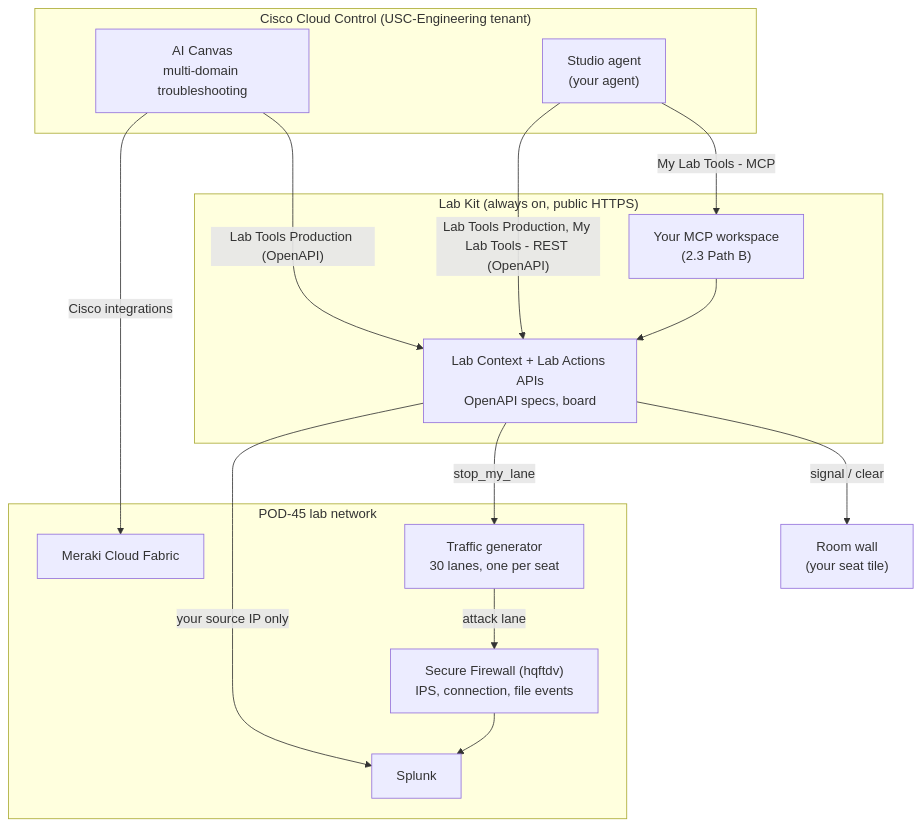
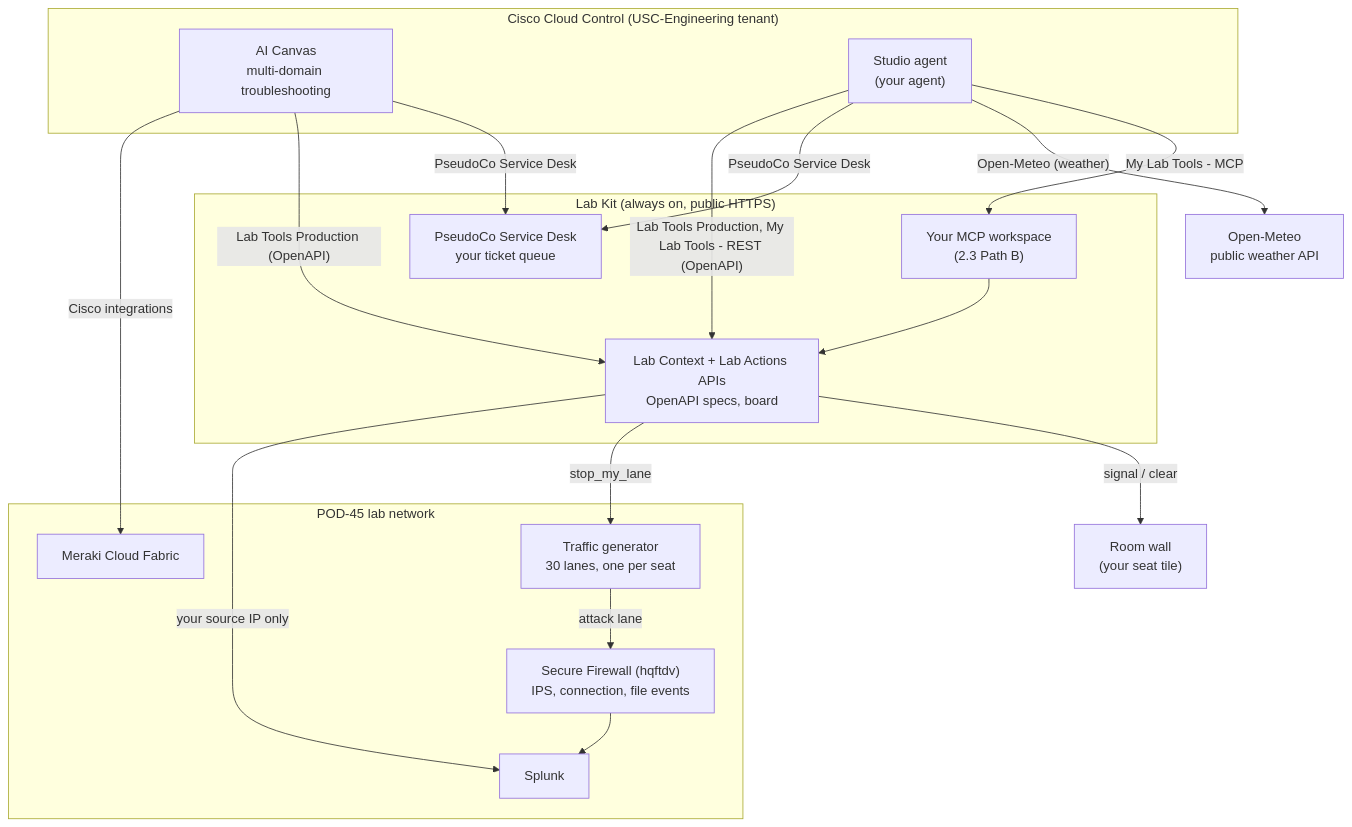
Before and after one commit to mokuma56/cloud-control-agent-lab-guide: the diagram in docs/introduction.md, drawn with Mermaid. The commit also changed other lines of this file and 29 other files, not shown here.

Commit message:
PseudoCo Service Desk and weather: tickets in 1.1-2.5, Service Desk reference page with screenshots, 2.3 screenshots for My Lab Tools - REST, new room wall, challenges

````diff
--- a/docs/introduction.md
+++ b/docs/introduction.md
@@ -41,26 +42,30 @@
 ```mermaid
 flowchart TB
   subgraph CC["Cisco Cloud Control (USC-Engineering tenant)"]
     Canvas["AI Canvas<br/>multi-domain troubleshooting"]
     Studio["Studio agent<br/>(your agent)"]
   end
   subgraph Kit["Lab Kit (always on, public HTTPS)"]
     Broker["Lab Context + Lab Actions APIs<br/>OpenAPI specs, board"]
+    SD["PseudoCo Service Desk<br/>your ticket queue"]
     MCP["Your MCP workspace<br/>(2.3 Path B)"]
   end
   subgraph Pod["POD-45 lab network"]
     Meraki["Meraki Cloud Fabric"]
     FTD["Secure Firewall (hqftdv)<br/>IPS, connection, file events"]
     Splunk["Splunk"]
     Gen["Traffic generator<br/>30 lanes, one per seat"]
   end
   Canvas -- "Cisco integrations" --> Meraki
   Canvas -- "Lab Tools Production (OpenAPI)" --> Broker
   Studio -- "Lab Tools Production, My Lab Tools - REST (OpenAPI)" --> Broker
+  Canvas -- "PseudoCo Service Desk" --> SD
+  Studio -- "PseudoCo Service Desk" --> SD
+  Studio -- "Open-Meteo (weather)" --> Weather["Open-Meteo<br/>public weather API"]
   Studio -- "My Lab Tools - MCP" --> MCP --> Broker
   Broker -- "your source IP only" --> Splunk
   FTD --> Splunk
   Gen -- "attack lane" --> FTD
   Broker -- "stop_my_lane" --> Gen
   Broker -- "signal / clear" --> Wall["Room wall<br/>(your seat tile)"]
 ```
````
